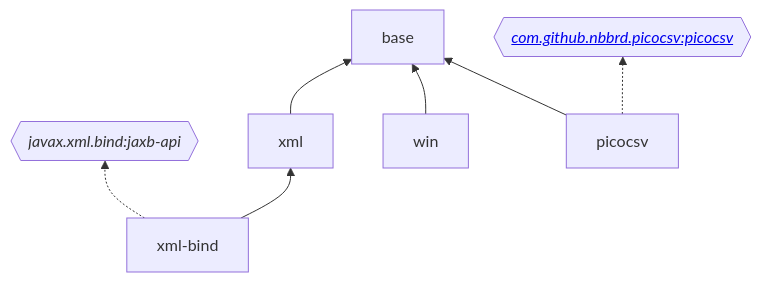
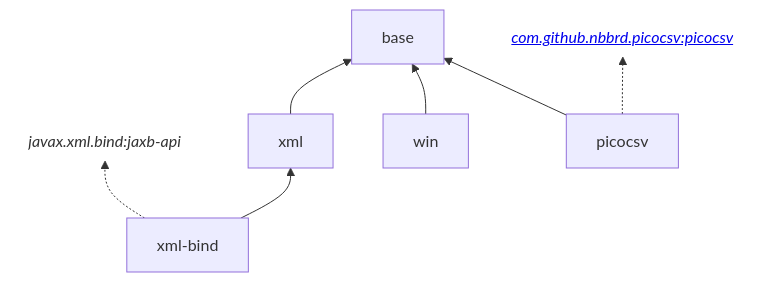
Before and after one commit to nbbrd/java-io-util: the diagram in README.md, drawn with Mermaid.

Commit message:
Improve README.md

````diff
--- a/README.md
+++ b/README.md
@@ -8,19 +8,22 @@
 ```mermaid
 flowchart BT
 
-    x-jaxb{{<i>javax.xml.bind:jaxb-api}}
-    x-picocsv{{<i><a href='https://github.com/nbbrd/picocsv'>com.github.nbbrd.picocsv:picocsv}}
+    x-jaxb{{javax.xml.bind:jaxb-api}}
+    x-picocsv{{<a href='https://github.com/nbbrd/picocsv'>com.github.nbbrd.picocsv:picocsv}}
 
     base
     xml
     xml-bind
     picocsv
     win
 
     xml --> base
     xml-bind --> xml
     xml-bind -.-> x-jaxb
     win --> base
     picocsv --> base
     picocsv -.-> x-picocsv
+
+    classDef x fill:#00000000,stroke:#00000000,font-style:italic
+    class x-jaxb,x-picocsv x
 ```
````
